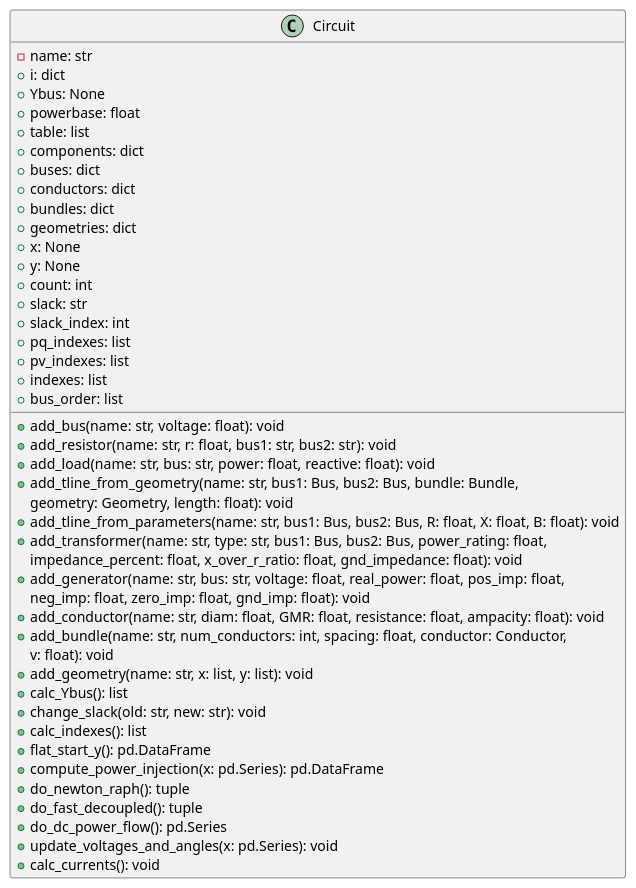
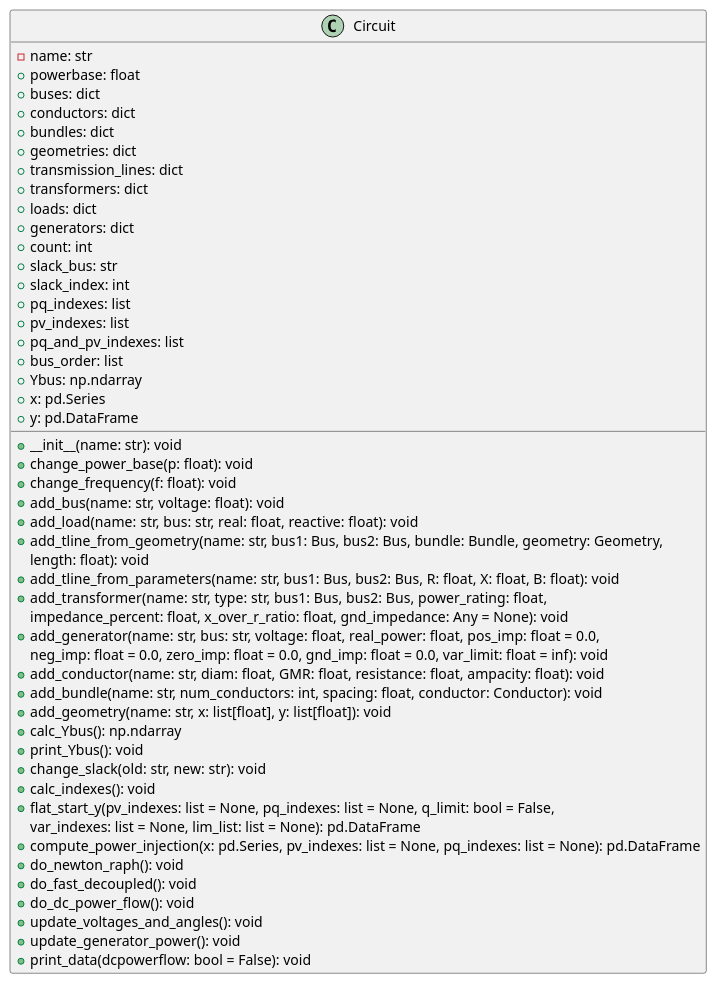
Before and after one commit to JLipnerPitt/ECE2774-ADV-POWER-SYSTEMS-ANALYSIS: the fifth of 19 diagrams in project2.plantuml, drawn with PlantUML. The commit also changed other lines of this file and 1 other file, not shown here.

Commit message:
Updated plantuml diagrams

```diff
--- a/project2.plantuml
+++ b/project2.plantuml
@@ -68,49 +66,53 @@
 @startuml Circuit
 class Circuit {
     - name: str
-    + i: dict
-    + Ybus: None
     + powerbase: float
-    + table: list
-    + components: dict
     + buses: dict
     + conductors: dict
     + bundles: dict
     + geometries: dict
-    + x: None
-    + y: None
+    + transmission_lines: dict
+    + transformers: dict
+    + loads: dict
+    + generators: dict
     + count: int
-    + slack: str
+    + slack_bus: str
     + slack_index: int
     + pq_indexes: list
     + pv_indexes: list
-    + indexes: list
+    + pq_and_pv_indexes: list
     + bus_order: list
+    + Ybus: np.ndarray
+    + x: pd.Series
+    + y: pd.DataFrame
 
+    + __init__(name: str): void
+    + change_power_base(p: float): void
+    + change_frequency(f: float): void
     + add_bus(name: str, voltage: float): void
-    + add_resistor(name: str, r: float, bus1: str, bus2: str): void
-    + add_load(name: str, bus: str, power: float, reactive: float): void
-    + add_tline_from_geometry(name: str, bus1: Bus, bus2: Bus, bundle: Bundle,
-    geometry: Geometry, length: float): void
+    + add_load(name: str, bus: str, real: float, reactive: float): void
+    + add_tline_from_geometry(name: str, bus1: Bus, bus2: Bus, bundle: Bundle, geometry: Geometry,
+    length: float): void
     + add_tline_from_parameters(name: str, bus1: Bus, bus2: Bus, R: float, X: float, B: float): void
     + add_transformer(name: str, type: str, bus1: Bus, bus2: Bus, power_rating: float,
-    impedance_percent: float, x_over_r_ratio: float, gnd_impedance: float): void
-    + add_generator(name: str, bus: str, voltage: float, real_power: float, pos_imp: float,
-    neg_imp: float, zero_imp: float, gnd_imp: float): void
+    impedance_percent: float, x_over_r_ratio: float, gnd_impedance: Any = None): void
+    + add_generator(name: str, bus: str, voltage: float, real_power: float, pos_imp: float = 0.0,
+    neg_imp: float = 0.0, zero_imp: float = 0.0, gnd_imp: float = 0.0, var_limit: float = inf): void
     + add_conductor(name: str, diam: float, GMR: float, resistance: float, ampacity: float): void
-    + add_bundle(name: str, num_conductors: int, spacing: float, conductor: Conductor,
-    v: float): void
-    + add_geometry(name: str, x: list, y: list): void
-    + calc_Ybus(): list
+    + add_bundle(name: str, num_conductors: int, spacing: float, conductor: Conductor): void
+    + add_geometry(name: str, x: list[float], y: list[float]): void
+    + calc_Ybus(): np.ndarray
+    + print_Ybus(): void
     + change_slack(old: str, new: str): void
-    + calc_indexes(): list
-    + flat_start_y(): pd.DataFrame
-    + compute_power_injection(x: pd.Series): pd.DataFrame
-    + do_newton_raph(): tuple
-    + do_fast_decoupled(): tuple
-    + do_dc_power_flow(): pd.Series
-    + update_voltages_and_angles(x: pd.Series): void
-    + calc_currents(): void
+    + calc_indexes(): void
+    + flat_start_y(pv_indexes: list = None, pq_indexes: list = None, q_limit: bool = False,
+    var_indexes: list = None, lim_list: list = None): pd.DataFrame
+    + compute_power_injection(x: pd.Series, pv_indexes: list = None, pq_indexes: list = None): pd.DataFrame
+    + do_newton_raph(): void
+    + do_fast_decoupled(): void
+    + do_dc_power_flow(): void
+    + update_voltages_and_angles(): void
+    + update_generator_power(): void
+    + print_data(dcpowerflow: bool = False): void
 }
-
 @enduml
```
